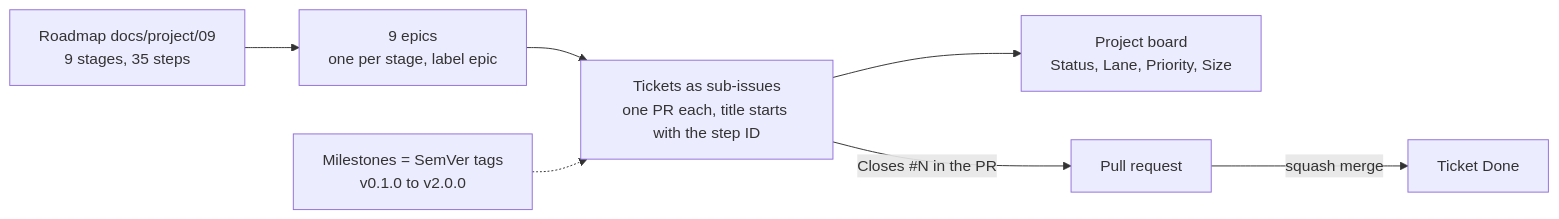
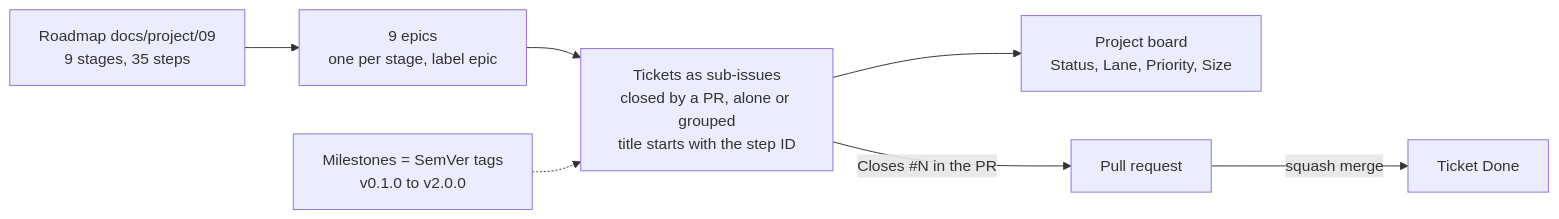
The seventh of 7 diagrams in docs/project/15_repository_hygiene.md (FoxaxeWasTaken/Robotics), drawn with Mermaid before and after one commit. The commit also changed other lines of this file and 18 other files, not shown here.

````diff
--- a/docs/project/15_repository_hygiene.md
+++ b/docs/project/15_repository_hygiene.md
@@ -261,9 +261,9 @@
 ```mermaid
 flowchart LR
   R["Roadmap docs/project/09<br/>9 stages, 35 steps"] --> E["9 epics<br/>one per stage, label epic"]
-  E --> T["Tickets as sub-issues<br/>one PR each, title starts with the step ID"]
+  E --> T["Tickets as sub-issues<br/>closed by a PR, alone or grouped<br/>title starts with the step ID"]
   T --> B["Project board<br/>Status, Lane, Priority, Size"]
   T -->|"Closes #N in the PR"| P["Pull request"]
   P -->|"squash merge"| D["Ticket Done"]
   M["Milestones = SemVer tags<br/>v0.1.0 to v2.0.0"] -.-> T
 ```
````
